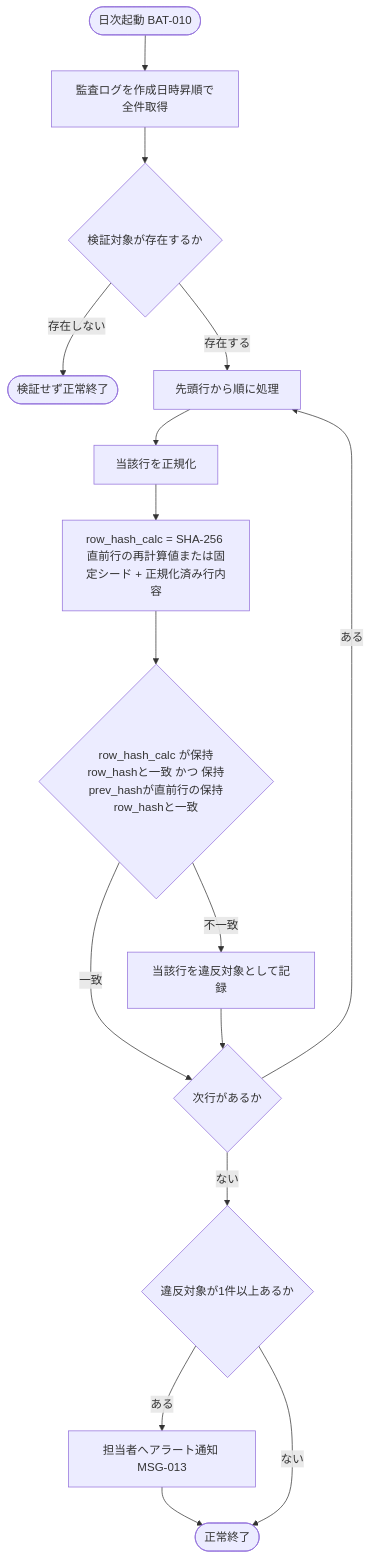
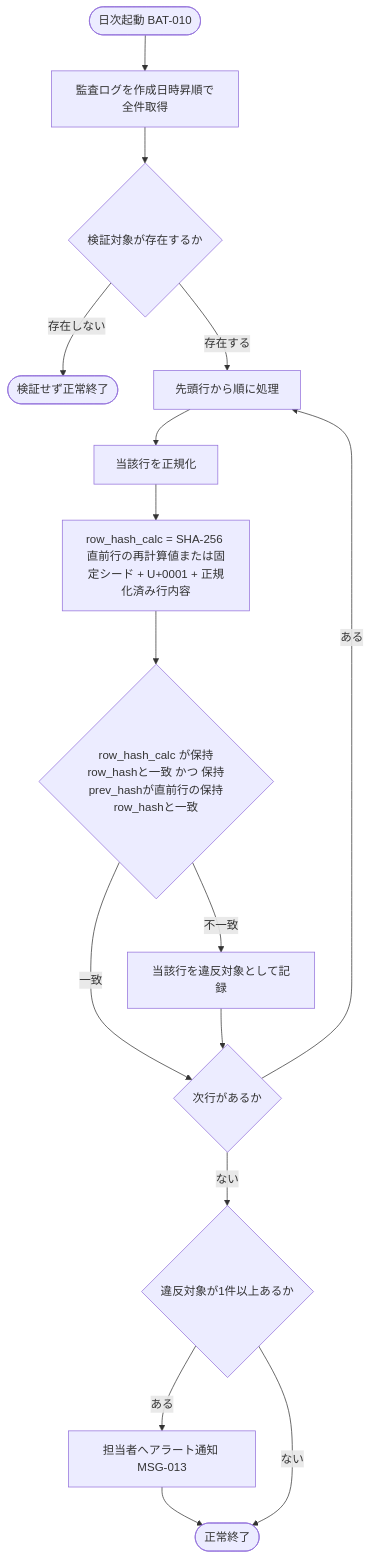
One commit to sikakou54/open-faq changed the diagram in 03_detail_design/04_ipo/IPO-009.md. Above: the diagram before and after it, drawn with Mermaid. The commit also changed other lines of this file and 23 other files, not shown here.

````diff
--- a/03_detail_design/04_ipo/IPO-009.md
+++ b/03_detail_design/04_ipo/IPO-009.md
@@ -57,18 +57,18 @@
 ```mermaid
 flowchart TB
   S(["日次起動 BAT-010"]) --> A[監査ログを作成日時昇順で全件取得]
   A --> B{"検証対象が存在するか"}
   B -- 存在しない --> Z(["検証せず正常終了"])
   B -- 存在する --> C[先頭行から順に処理]
   C --> N[当該行を正規化]
-  N --> H["row_hash_calc = SHA-256 直前行の再計算値または固定シード + 正規化済み行内容"]
+  N --> H["row_hash_calc = SHA-256 直前行の再計算値または固定シード + U+0001 + 正規化済み行内容"]
   H --> M{"row_hash_calc が保持row_hashと一致 かつ 保持prev_hashが直前行の保持row_hashと一致"}
   M -- 一致 --> NX{"次行があるか"}
   M -- 不一致 --> V[当該行を違反対象として記録]
   V --> NX
   NX -- ある --> C
   NX -- ない --> J{"違反対象が1件以上あるか"}
   J -- ある --> AL[担当者へアラート通知 MSG-013]
   AL --> E(["正常終了"])
   J -- ない --> E
 ```
````
